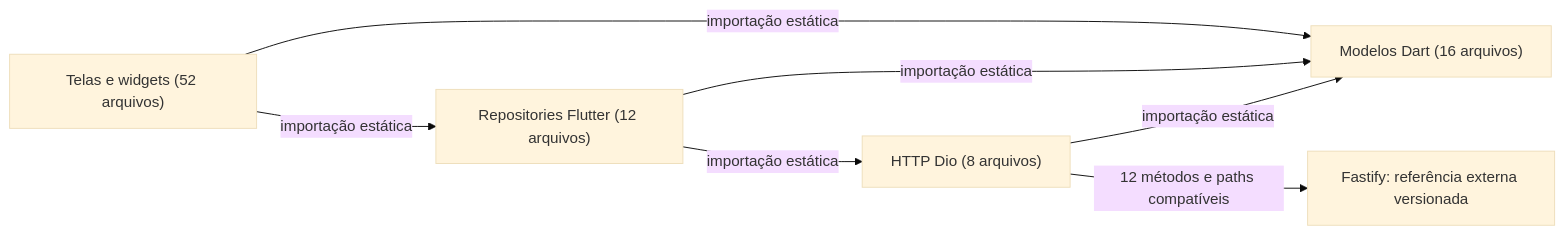
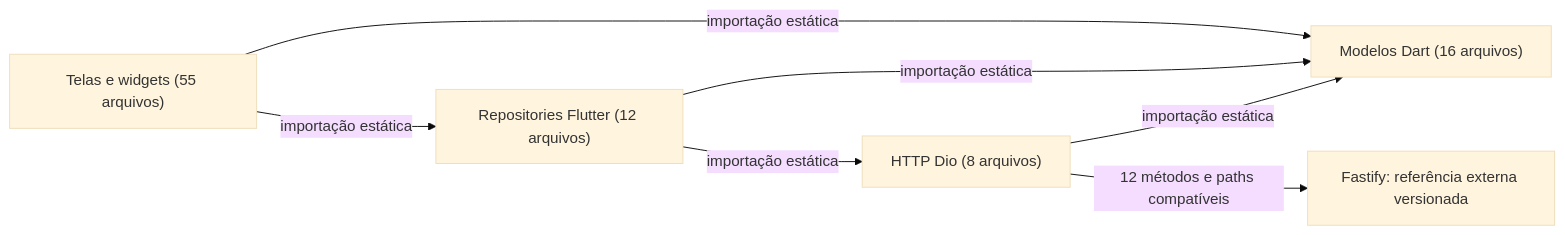
Before and after one commit to richardcastrogois/TrainForge: the first of 2 diagrams in docs/arquitetura/README.md, drawn with Mermaid (base theme). The commit also changed other lines of this file and 41 other files, not shown here.

````diff
--- a/docs/arquitetura/README.md
+++ b/docs/arquitetura/README.md
@@ -19,14 +19,14 @@
 ```mermaid
 flowchart LR
-    node0["Telas e widgets (52 arquivos)"]
+    node0["Telas e widgets (55 arquivos)"]
     node1["Repositories Flutter (12 arquivos)"]
     node2["HTTP Dio (8 arquivos)"]
     node3["Modelos Dart (16 arquivos)"]
     node4["Fastify: referência externa versionada"]
     node2 -->|"importação estática"| node3
     node1 -->|"importação estática"| node2
     node1 -->|"importação estática"| node3
     node0 -->|"importação estática"| node3
     node0 -->|"importação estática"| node1
     node2 -->|"12 métodos e paths compatíveis"| node4
 ```
````
